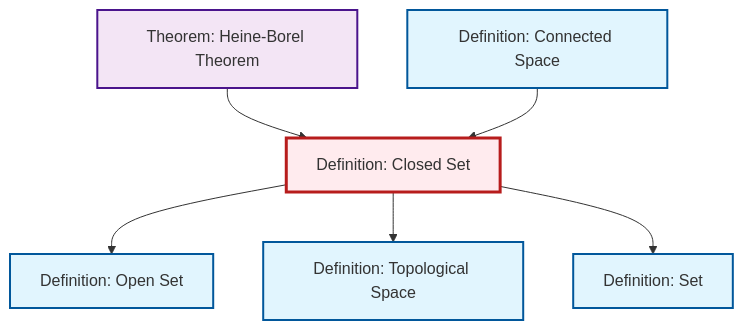
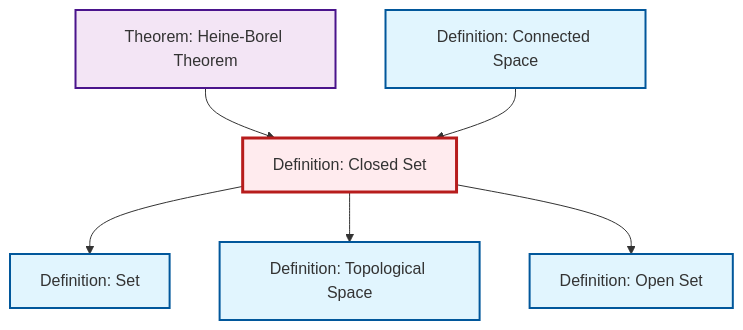
The diagram in content/en/topology/def-closed-set.qmd (RK0429/ModernMath), drawn with Mermaid before and after one commit. The commit also changed other lines of this file and 554 other files, not shown here.

````diff
--- a/content/en/topology/def-closed-set.qmd
+++ b/content/en/topology/def-closed-set.qmd
@@ -44,26 +44,26 @@
 ```{mermaid}
 %%| fig-cap: "Local dependency graph"
 graph TD
     classDef definition fill:#e1f5fe,stroke:#01579b,stroke-width:2px
     classDef theorem fill:#f3e5f5,stroke:#4a148c,stroke-width:2px
     classDef axiom fill:#fff3e0,stroke:#e65100,stroke-width:2px
     classDef example fill:#e8f5e9,stroke:#1b5e20,stroke-width:2px
     classDef current fill:#ffebee,stroke:#b71c1c,stroke-width:3px
+    thm-heine-borel["Theorem: Heine-Borel Theorem"]:::theorem
+    def-connected["Definition: Connected Space"]:::definition
+    def-open-set["Definition: Open Set"]:::definition
+    def-closed-set["Definition: Closed Set"]:::definition
+    def-topological-space["Definition: Topological Space"]:::definition
     def-set["Definition: Set"]:::definition
-    def-topological-space["Definition: Topological Space"]:::definition
-    def-closed-set["Definition: Closed Set"]:::definition
-    def-open-set["Definition: Open Set"]:::definition
-    def-connected["Definition: Connected Space"]:::definition
-    thm-heine-borel["Theorem: Heine-Borel Theorem"]:::theorem
+    thm-heine-borel --> def-closed-set
+    def-closed-set --> def-set
+    def-connected --> def-closed-set
+    def-closed-set --> def-topological-space
     def-closed-set --> def-open-set
-    def-closed-set --> def-topological-space
-    thm-heine-borel --> def-closed-set
-    def-connected --> def-closed-set
-    def-closed-set --> def-set
     class def-closed-set current
+    click thm-heine-borel "thm-heine-borel.html" "Go to Heine-Borel Theorem theorem"
+    click def-connected "def-connected.html" "Go to Connected Space definition"
+    click def-open-set "def-open-set.html" "Go to Open Set definition"
+    click def-topological-space "def-topological-space.html" "Go to Topological Space definition"
     click def-set "def-set.html" "Go to Set definition"
-    click def-topological-space "def-topological-space.html" "Go to Topological Space definition"
-    click def-open-set "def-open-set.html" "Go to Open Set definition"
-    click def-connected "def-connected.html" "Go to Connected Space definition"
-    click thm-heine-borel "thm-heine-borel.html" "Go to Heine-Borel Theorem theorem"
 ```
````
